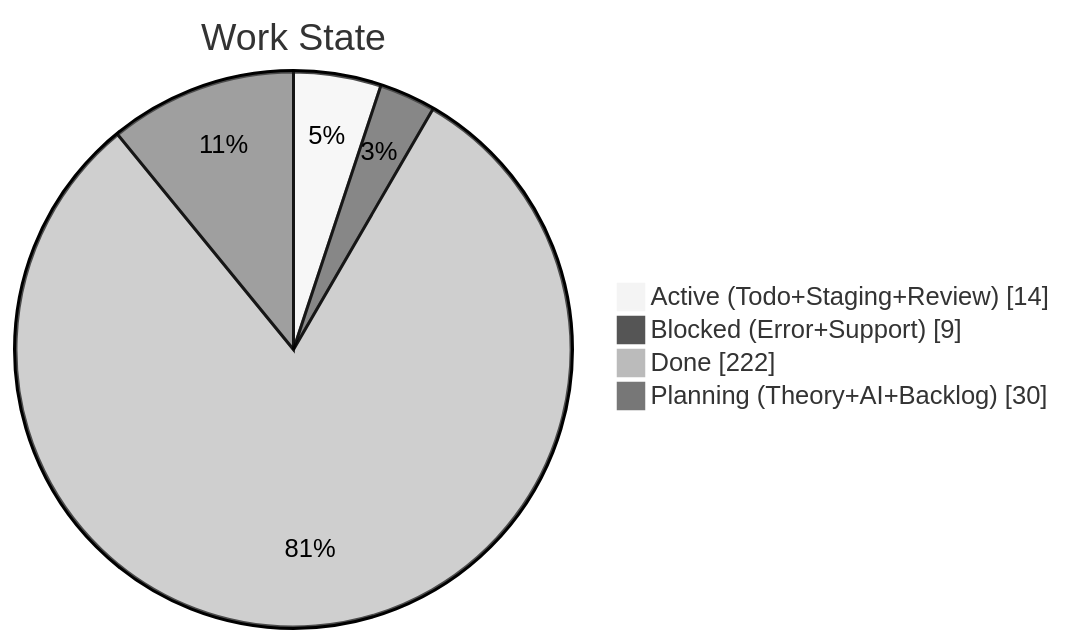
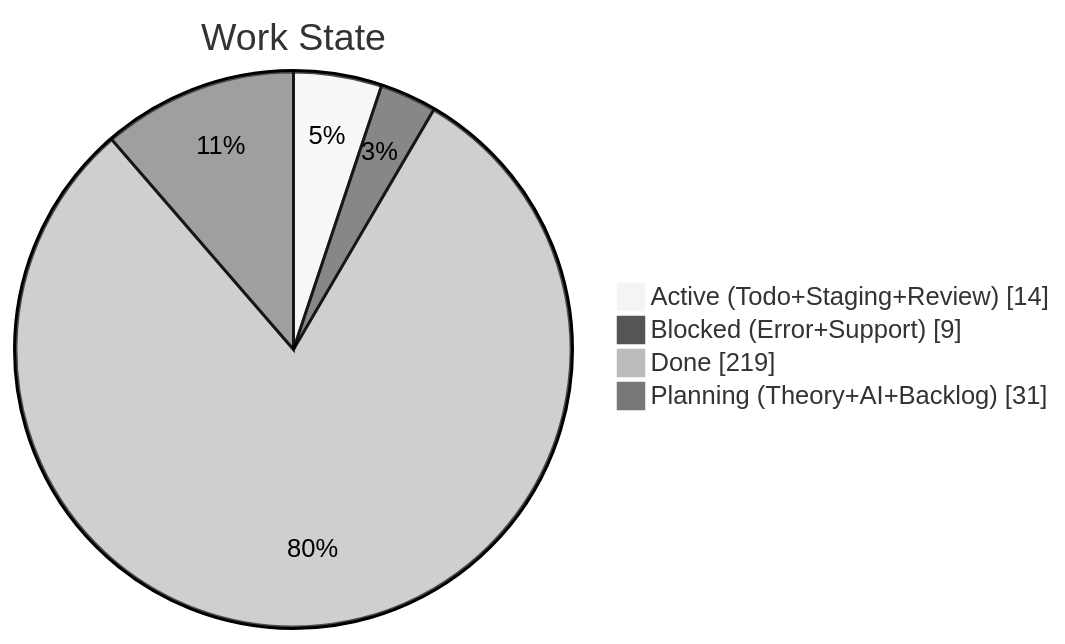
One commit to KBVE/kbve changed the second of 4 diagrams in apps/kbve/astro-kbve/src/content/docs/dashboard/kanban-data.mdx. Above: the diagram before and after it, drawn with Mermaid (neutral theme). The commit also changed other lines of this file and 7 other files, not shown here.

````diff
--- a/apps/kbve/astro-kbve/src/content/docs/dashboard/kanban-data.mdx
+++ b/apps/kbve/astro-kbve/src/content/docs/dashboard/kanban-data.mdx
@@ -68,8 +68,8 @@
 ```mermaid
 pie showData
     title Work State
     "Active (Todo+Staging+Review)" : 14
     "Blocked (Error+Support)" : 9
-    "Done" : 222
-    "Planning (Theory+AI+Backlog)" : 30
+    "Done" : 219
+    "Planning (Theory+AI+Backlog)" : 31
 ```
````
